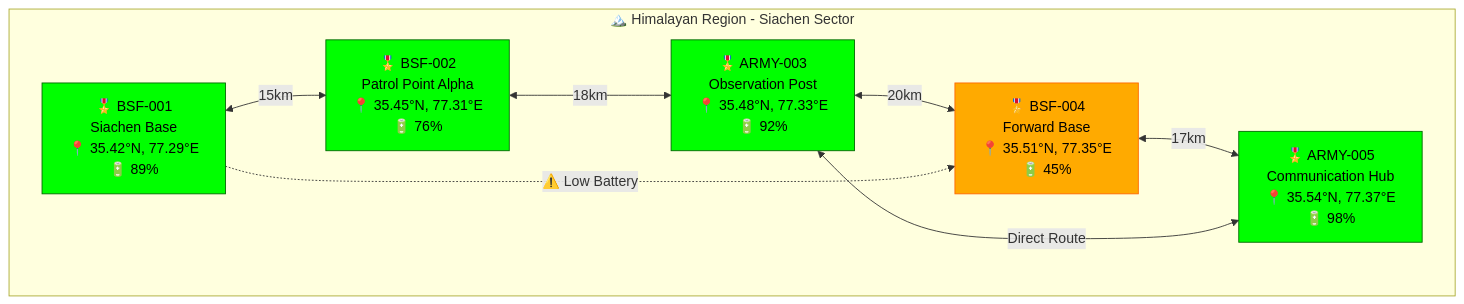
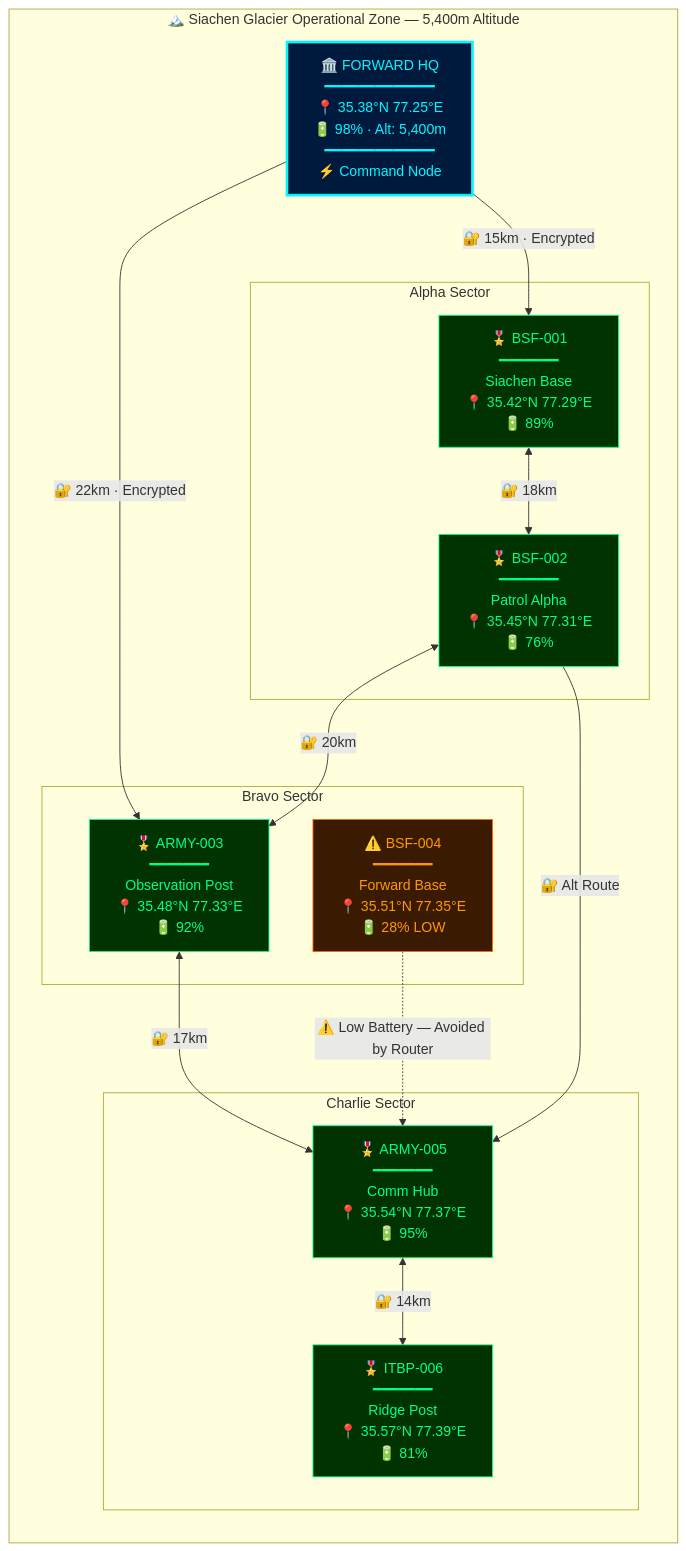
The second of 11 diagrams in README.md (SiddharthKumar268/Shunya), drawn with Mermaid before and after one commit. The commit also changed other lines of this file, not shown here.

````diff
--- a/README.md
+++ b/README.md
@@ -188,23 +138,40 @@
 ```mermaid
 graph TB
-    subgraph "🏔️ Himalayan Region - Siachen Sector"
-        A[🎖️ BSF-001<br/>Siachen Base<br/>📍 35.42°N, 77.29°E<br/>🔋 89%]
-        B[🎖️ BSF-002<br/>Patrol Point Alpha<br/>📍 35.45°N, 77.31°E<br/>🔋 76%]
-        C[🎖️ ARMY-003<br/>Observation Post<br/>📍 35.48°N, 77.33°E<br/>🔋 92%]
-        D[🎖️ BSF-004<br/>Forward Base<br/>📍 35.51°N, 77.35°E<br/>🔋 45%]
-        E[🎖️ ARMY-005<br/>Communication Hub<br/>📍 35.54°N, 77.37°E<br/>🔋 98%]
+    subgraph SIACHEN ["🏔️ Siachen Glacier Operational Zone — 5,400m Altitude"]
+        direction TB
+
+        HQ["🏛️ FORWARD HQ<br/>━━━━━━━━━━━━━<br/>📍 35.38°N 77.25°E<br/>🔋 98% · Alt: 5,400m<br/>━━━━━━━━━━━━━<br/>⚡ Command Node"]
+
+        subgraph ALPHA ["Alpha Sector"]
+            A["🎖️ BSF-001<br/>━━━━━━━<br/>Siachen Base<br/>📍 35.42°N 77.29°E<br/>🔋 89%"]
+            B["🎖️ BSF-002<br/>━━━━━━━<br/>Patrol Alpha<br/>📍 35.45°N 77.31°E<br/>🔋 76%"]
+        end
+
+        subgraph BRAVO ["Bravo Sector"]
+            C["🎖️ ARMY-003<br/>━━━━━━━<br/>Observation Post<br/>📍 35.48°N 77.33°E<br/>🔋 92%"]
+            D["⚠️ BSF-004<br/>━━━━━━━<br/>Forward Base<br/>📍 35.51°N 77.35°E<br/>🔋 28% LOW"]
+        end
+
+        subgraph CHARLIE ["Charlie Sector"]
+            E["🎖️ ARMY-005<br/>━━━━━━━<br/>Comm Hub<br/>📍 35.54°N 77.37°E<br/>🔋 95%"]
+            F["🎖️ ITBP-006<br/>━━━━━━━<br/>Ridge Post<br/>📍 35.57°N 77.39°E<br/>🔋 81%"]
+        end
     end
-    
-    A <-->|15km| B
-    B <-->|18km| C
-    C <-->|20km| D
-    D <-->|17km| E
-    A -.->|⚠️ Low Battery| D
-    C <-->|Direct Route| E
-    
-    style A fill:#00ff00,stroke:#006600,color:#000
-    style B fill:#00ff00,stroke:#006600,color:#000
-    style C fill:#00ff00,stroke:#006600,color:#000
-    style D fill:#ffaa00,stroke:#ff6600,color:#000
-    style E fill:#00ff00,stroke:#006600,color:#000
+
+    HQ -->|"🔐 15km · Encrypted"| A
+    HQ -->|"🔐 22km · Encrypted"| C
+    A <-->|"🔐 18km"| B
+    B <-->|"🔐 20km"| C
+    C <-->|"🔐 17km"| E
+    E <-->|"🔐 14km"| F
+    D -.->|"⚠️ Low Battery — Avoided by Router"| E
+    B -->|"🔐 Alt Route"| E
+
+    style HQ fill:#001a3e,stroke:#00f7ff,color:#00f7ff,stroke-width:3px
+    style A fill:#003300,stroke:#00ff88,color:#00ff88
+    style B fill:#003300,stroke:#00ff88,color:#00ff88
+    style C fill:#003300,stroke:#00ff88,color:#00ff88
+    style D fill:#3a1a00,stroke:#ff6600,color:#ff9900
+    style E fill:#003300,stroke:#00ff88,color:#00ff88
+    style F fill:#003300,stroke:#00ff88,color:#00ff88
 ```
````
